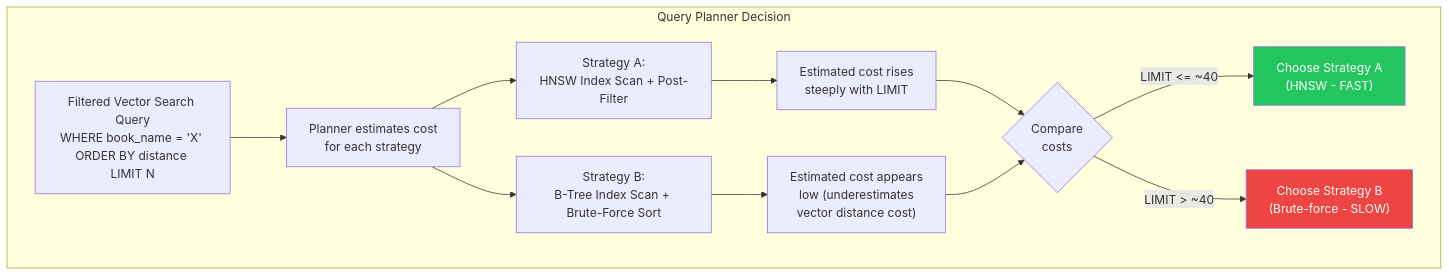
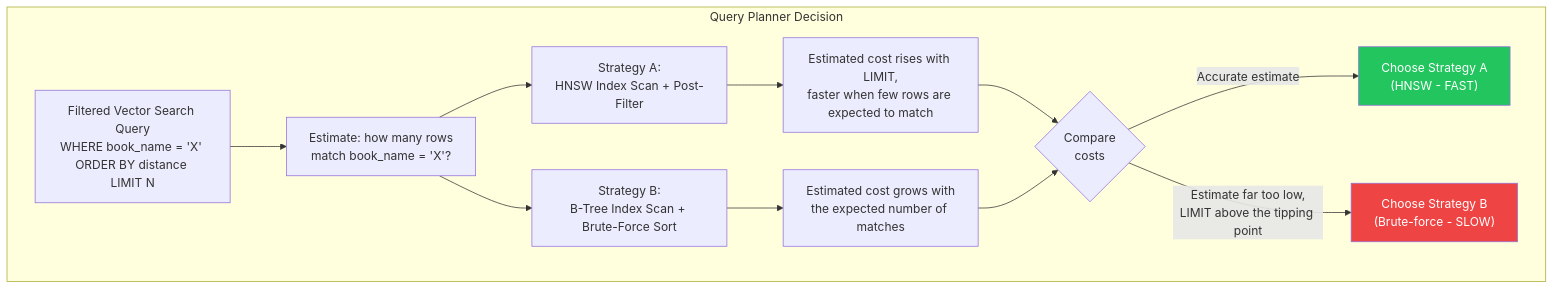
Before and after one commit to tharindu-sankalpa/pgvector-filtering-investigation: the first of 3 diagrams in README.md, drawn with Mermaid. The commit also changed other lines of this file and 48 other files, not shown here.

````diff
--- a/README.md
+++ b/README.md
@@ -515,18 +518,18 @@
 ```mermaid
 flowchart TD
     subgraph "Query Planner Decision"
         Q["Filtered Vector Search Query<br/>WHERE book_name = 'X' ORDER BY distance LIMIT N"]
-        Q --> P["Planner estimates cost<br/>for each strategy"]
-        P --> SA["Strategy A:<br/>HNSW Index Scan + Post-Filter"]
-        P --> SB["Strategy B:<br/>B-Tree Index Scan + Brute-Force Sort"]
-        SA --> CA["Estimated cost rises<br/>steeply with LIMIT"]
-        SB --> CB["Estimated cost appears<br/>low (underestimates<br/>vector distance cost)"]
+        Q --> E["Estimate: how many rows<br/>match book_name = 'X'?"]
+        E --> SA["Strategy A:<br/>HNSW Index Scan + Post-Filter"]
+        E --> SB["Strategy B:<br/>B-Tree Index Scan + Brute-Force Sort"]
+        SA --> CA["Estimated cost rises with LIMIT,<br/>faster when few rows are expected to match"]
+        SB --> CB["Estimated cost grows with<br/>the expected number of matches"]
         CA --> D{"Compare<br/>costs"}
         CB --> D
-        D -->|"LIMIT <= ~40"| WIN_A["Choose Strategy A<br/>(HNSW - FAST)"]
-        D -->|"LIMIT > ~40"| WIN_B["Choose Strategy B<br/>(Brute-force - SLOW)"]
+        D -->|"Accurate estimate"| WIN_A["Choose Strategy A<br/>(HNSW - FAST)"]
+        D -->|"Estimate far too low,<br/>LIMIT above the tipping point"| WIN_B["Choose Strategy B<br/>(Brute-force - SLOW)"]
     end
 
     style WIN_A fill:#22c55e,color:#fff
     style WIN_B fill:#ef4444,color:#fff
 ```
````
